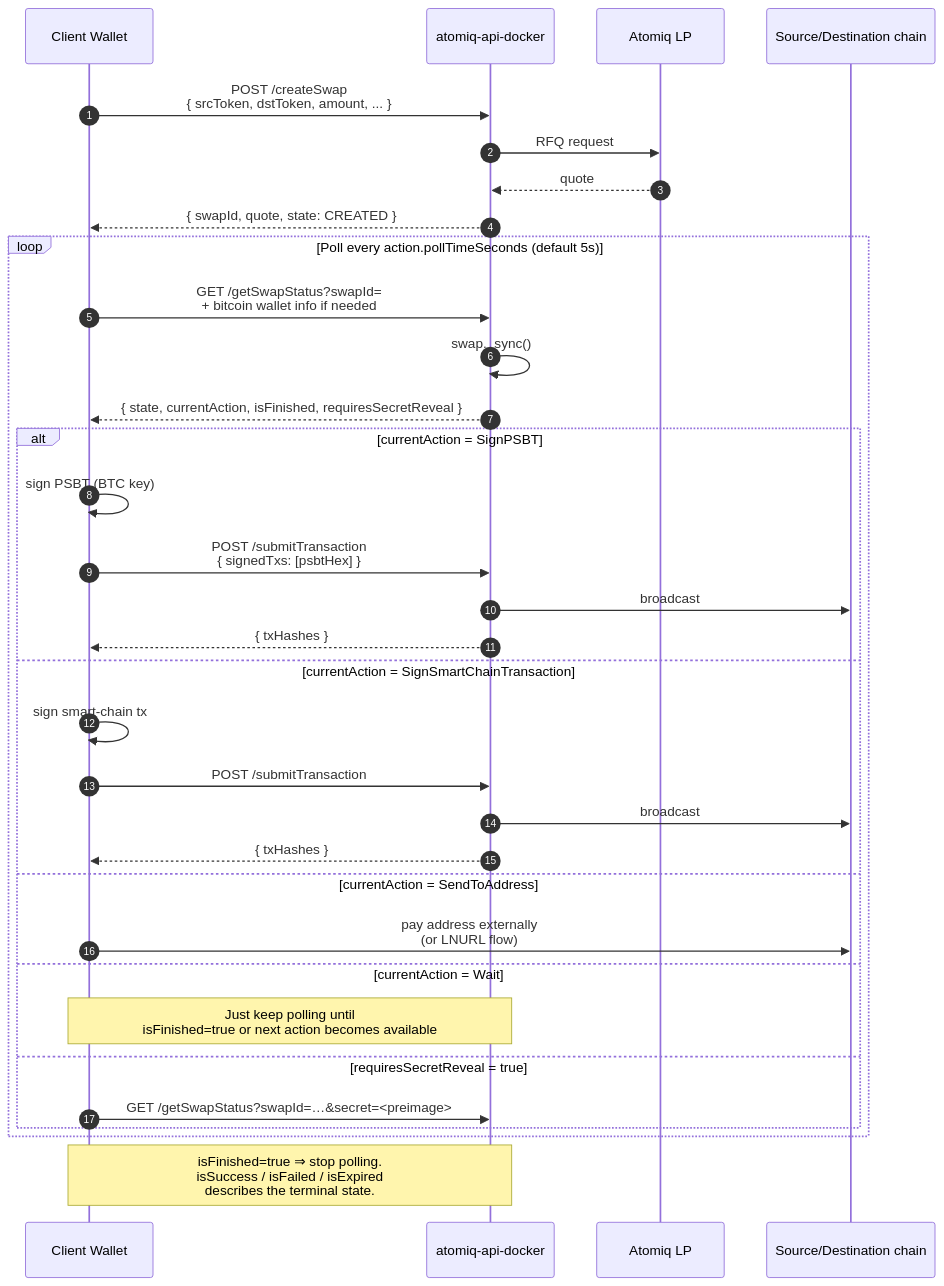
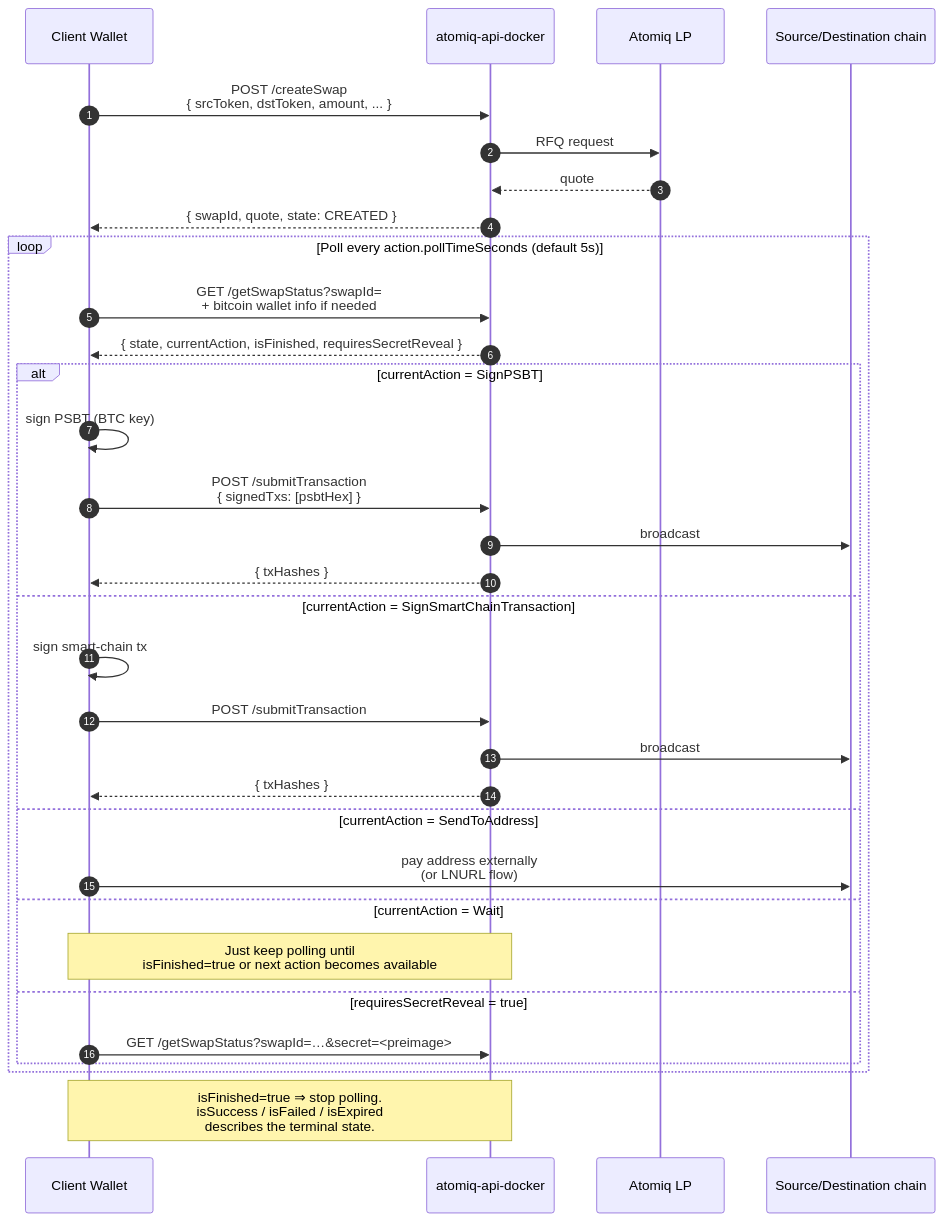
Before and after one commit to atomiqlabs/atomiq-api-docker: the diagram in README.md, drawn with Mermaid. The commit also changed other lines of this file, not shown here.

Commit message:
fix mermaid and add note about docker ports

````diff
--- a/README.md
+++ b/README.md
@@ -486,39 +497,38 @@
 ```mermaid
 sequenceDiagram
     autonumber
     participant W as Client Wallet
     participant A as atomiq-api-docker
     participant LP as Atomiq LP
     participant C as Source/Destination chain
 
     W->>A: POST /createSwap<br/>{ srcToken, dstToken, amount, ... }
     A->>LP: RFQ request
     LP-->>A: quote
     A-->>W: { swapId, quote, state: CREATED }
 
     loop Poll every action.pollTimeSeconds (default 5s)
         W->>A: GET /getSwapStatus?swapId=<br/>+ bitcoin wallet info if needed
-        A->>A: swap._sync()
         A-->>W: { state, currentAction, isFinished, requiresSecretReveal }
 
         alt currentAction = SignPSBT
             W->>W: sign PSBT (BTC key)
             W->>A: POST /submitTransaction<br/>{ signedTxs: [psbtHex] }
             A->>C: broadcast
             A-->>W: { txHashes }
         else currentAction = SignSmartChainTransaction
             W->>W: sign smart-chain tx
             W->>A: POST /submitTransaction
             A->>C: broadcast
             A-->>W: { txHashes }
         else currentAction = SendToAddress
             W->>C: pay address externally<br/>(or LNURL flow)
         else currentAction = Wait
             Note over W,A: Just keep polling until<br/>isFinished=true or next action becomes available
         else requiresSecretReveal = true
             W->>A: GET /getSwapStatus?swapId=…&secret=<preimage>
         end
     end
 
     Note over W,A: isFinished=true ⇒ stop polling.<br/>isSuccess / isFailed / isExpired<br/>describes the terminal state.
 ```
````
